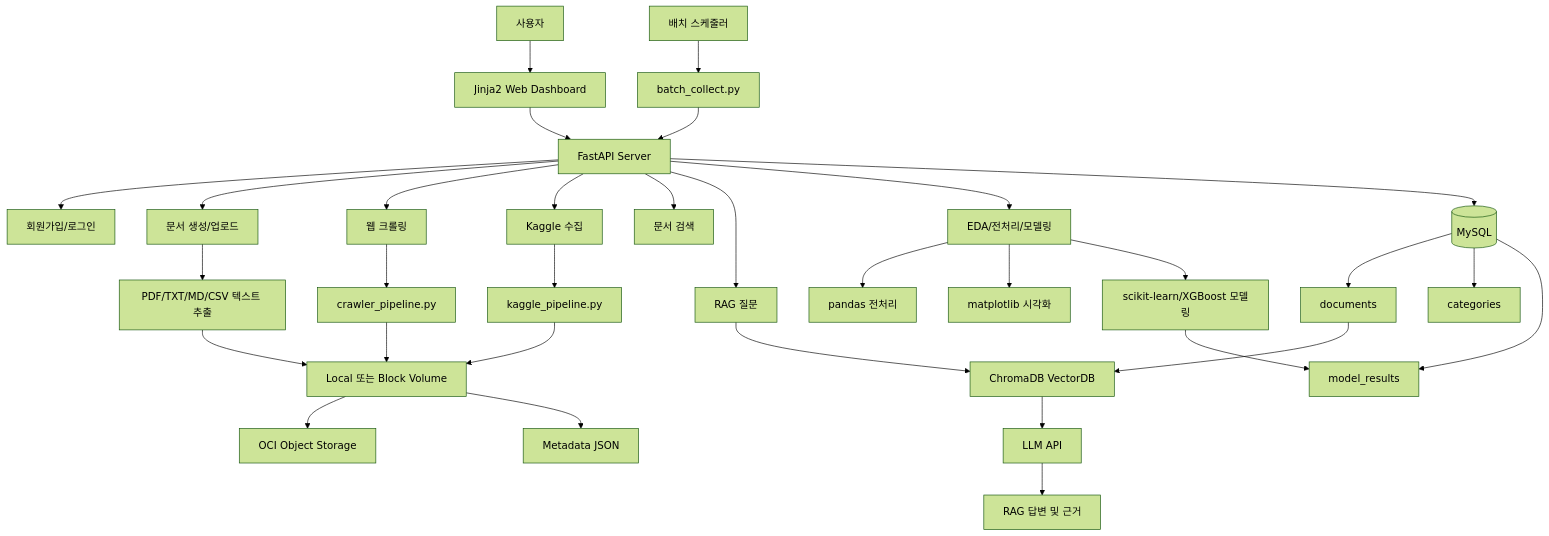
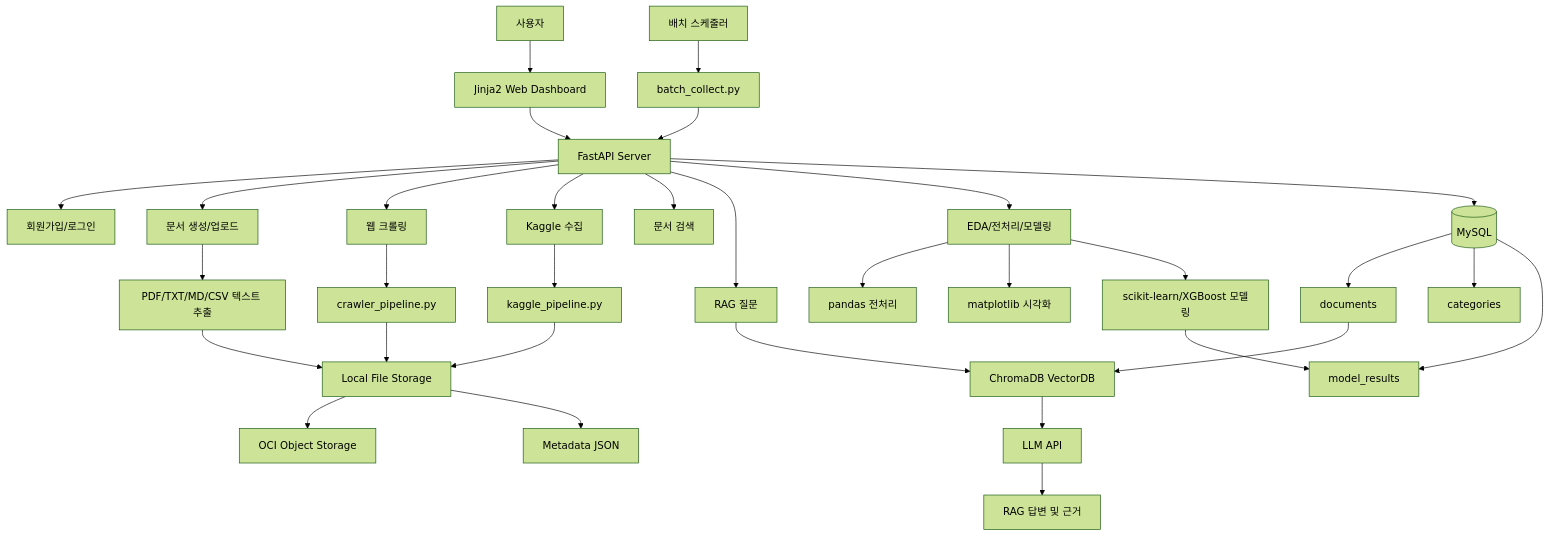
The first of 4 diagrams in README.md (syprisilla/AI_Cloud), drawn with Mermaid (forest theme) before and after one commit. The commit also changed other lines of this file, not shown here.

````diff
--- a/README.md
+++ b/README.md
@@ -74,42 +74,42 @@
 ```mermaid
 flowchart TD
     User[사용자] --> UI[Jinja2 Web Dashboard]
     Scheduler[배치 스케줄러] --> Batch[batch_collect.py]
 
     UI --> API[FastAPI Server]
     Batch --> API
 
     API --> Auth[회원가입/로그인]
     API --> DocAPI[문서 생성/업로드]
     API --> CrawlAPI[웹 크롤링]
     API --> KaggleAPI[Kaggle 수집]
     API --> SearchAPI[문서 검색]
     API --> RagAPI[RAG 질문]
     API --> AnalysisAPI[EDA/전처리/모델링]
 
     DocAPI --> Extract[PDF/TXT/MD/CSV 텍스트 추출]
     CrawlAPI --> Crawler[crawler_pipeline.py]
     KaggleAPI --> Kaggle[kaggle_pipeline.py]
 
-    Extract --> Storage[Local 또는 Block Volume]
+    Extract --> Storage[Local File Storage]
     Crawler --> Storage
     Kaggle --> Storage
 
     Storage --> ObjectStorage[OCI Object Storage]
     Storage --> Metadata[Metadata JSON]
     API --> MySQL[(MySQL)]
 
     MySQL --> Documents[documents]
     MySQL --> Categories[categories]
     MySQL --> Results[model_results]
 
     Documents --> Chroma[ChromaDB VectorDB]
     RagAPI --> Chroma
     Chroma --> LLM[LLM API]
     LLM --> Answer[RAG 답변 및 근거]
 
     AnalysisAPI --> Pandas[pandas 전처리]
     AnalysisAPI --> Charts[matplotlib 시각화]
     AnalysisAPI --> ML[scikit-learn/XGBoost 모델링]
     ML --> Results
 ```
````
